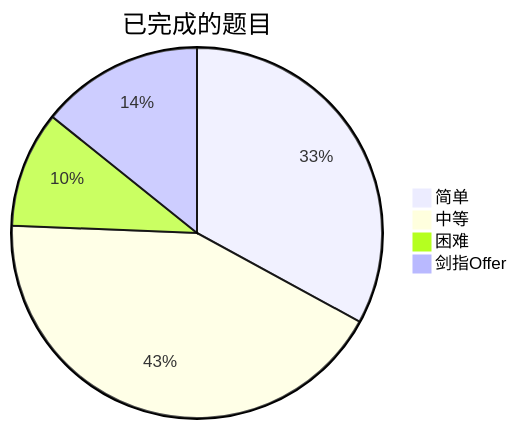
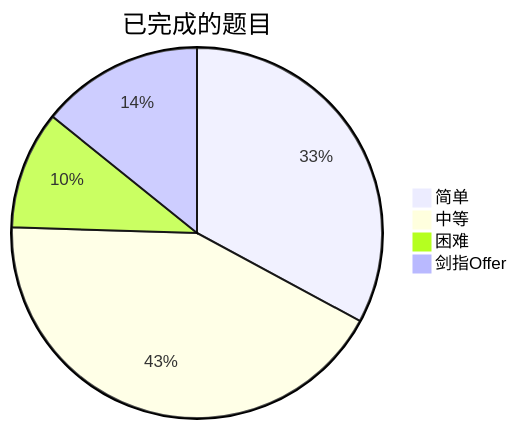
The diagram in README.md (kaisa911/LeetCode), drawn with Mermaid before and after one commit. The commit also changed other lines of this file and 27 other files, not shown here.

````diff
--- a/README.md
+++ b/README.md
@@ -9,7 +9,7 @@
 ```mermaid
 pie title 已完成的题目
     "简单" : 169
     "中等" : 219
-    "困难" : 52
+    "困难" : 53
     "剑指Offer" : 73
 ```
````
